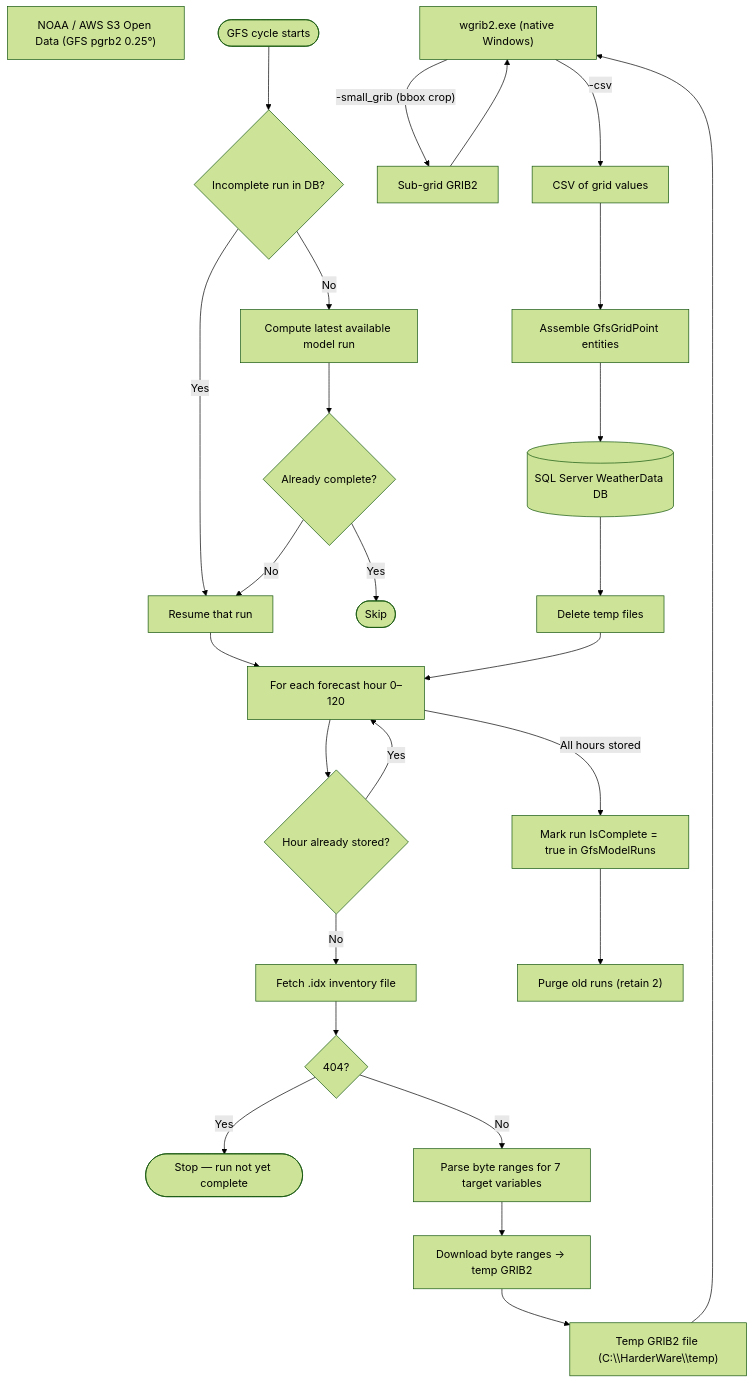
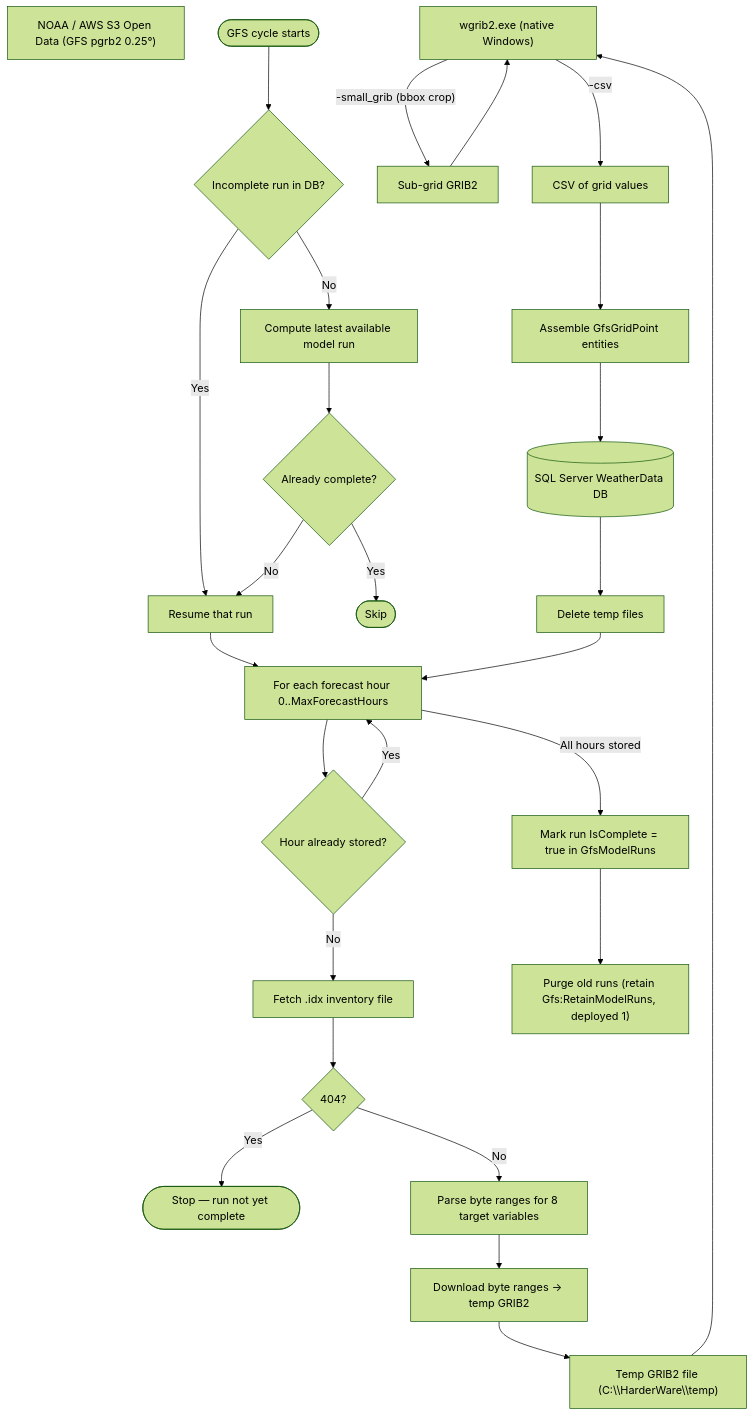
One commit to PaulHarder2/HarderWare changed the third of 9 diagrams in WxServices/DESIGN.md. Above: the diagram before and after it, drawn with Mermaid (forest theme). The commit also changed other lines of this file and 1 other file, not shown here.

````diff
--- a/WxServices/DESIGN.md
+++ b/WxServices/DESIGN.md
@@ -145,35 +145,35 @@
 ```mermaid
 flowchart TD
     NOMADS["NOAA / AWS S3 Open Data (GFS pgrb2 0.25°)"]
     WGRIB2["wgrib2.exe (native Windows)"]
     DB[("SQL Server WeatherData DB")]
     TEMP["Temp GRIB2 file (C:\\HarderWare\\temp)"]
 
     START([GFS cycle starts]) --> PENDING{Incomplete run in DB?}
     PENDING -->|Yes| RESUME["Resume that run"]
     PENDING -->|No| LATEST["Compute latest available model run"]
     LATEST --> KNOWN{Already complete?}
     KNOWN -->|Yes| SKIP([Skip])
     KNOWN -->|No| RESUME
 
-    RESUME --> LOOP["For each forecast hour 0–120"]
+    RESUME --> LOOP["For each forecast hour 0..MaxForecastHours"]
     LOOP --> STORED{Hour already stored?}
     STORED -->|Yes| LOOP
     STORED -->|No| IDX["Fetch .idx inventory file"]
     IDX --> NOTFOUND{404?}
     NOTFOUND -->|Yes| STOP([Stop — run not yet complete])
-    NOTFOUND -->|No| RANGES["Parse byte ranges for 7 target variables"]
+    NOTFOUND -->|No| RANGES["Parse byte ranges for 8 target variables"]
     RANGES --> DOWNLOAD["Download byte ranges → temp GRIB2"]
     DOWNLOAD --> TEMP
     TEMP --> WGRIB2
     WGRIB2 -->|"-small_grib (bbox crop)"| SUBGRID["Sub-grid GRIB2"]
     SUBGRID --> WGRIB2
     WGRIB2 -->|"-csv"| CSV["CSV of grid values"]
     CSV --> ASSEMBLE["Assemble GfsGridPoint entities"]
     ASSEMBLE --> DB
     DB --> CLEANUP["Delete temp files"]
     CLEANUP --> LOOP
 
     LOOP -->|All hours stored| MARK["Mark run IsComplete = true in GfsModelRuns"]
-    MARK --> PURGE["Purge old runs (retain 2)"]
+    MARK --> PURGE["Purge old runs (retain Gfs:RetainModelRuns, deployed 1)"]
 ```
````
